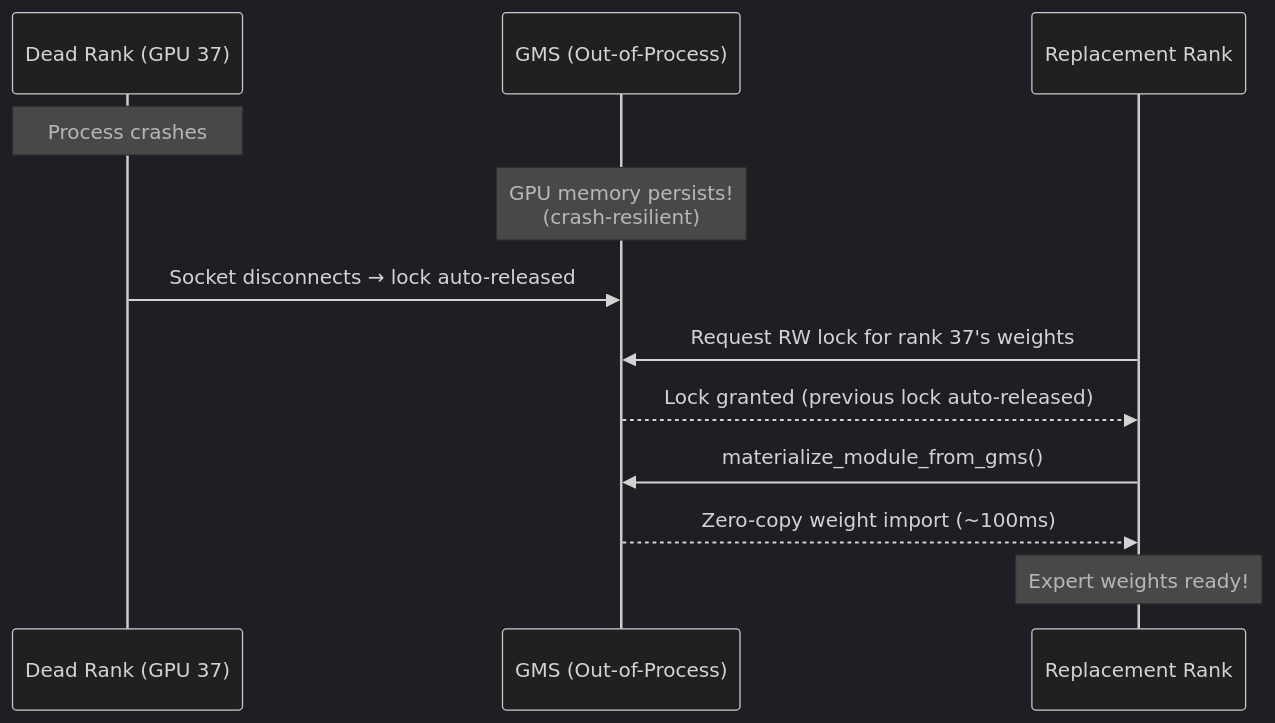
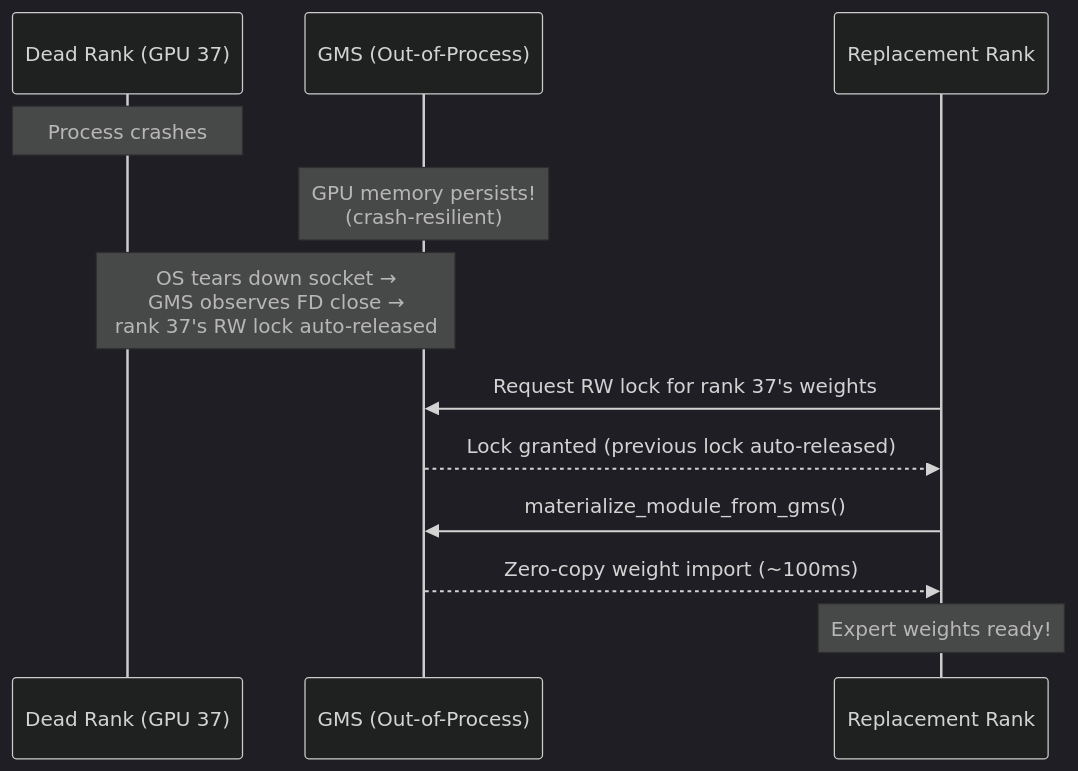
The third of 4 diagrams in docs/design/wide-ep-fault-tolerance/08-mx-gms-integration.md (chienchunhung/TensorRT-LLM), drawn with Mermaid (dark theme) before and after one commit. The commit also changed other lines of this file and 1 other file, not shown here.

````diff
--- a/docs/design/wide-ep-fault-tolerance/08-mx-gms-integration.md
+++ b/docs/design/wide-ep-fault-tolerance/08-mx-gms-integration.md
@@ -123,16 +133,16 @@
 ```mermaid
 sequenceDiagram
     participant Dead as Dead Rank (GPU 37)
     participant GMS as GMS (Out-of-Process)
     participant New as Replacement Rank
 
     Note over Dead: Process crashes
     Note over GMS: GPU memory persists!<br/>(crash-resilient)
-    Dead->>GMS: Socket disconnects → lock auto-released
+    Note over Dead,GMS: OS tears down socket →<br/>GMS observes FD close →<br/>rank 37's RW lock auto-released
 
     New->>GMS: Request RW lock for rank 37's weights
     GMS-->>New: Lock granted (previous lock auto-released)
     New->>GMS: materialize_module_from_gms()
     GMS-->>New: Zero-copy weight import (~100ms)
     Note over New: Expert weights ready!
 ```
````
